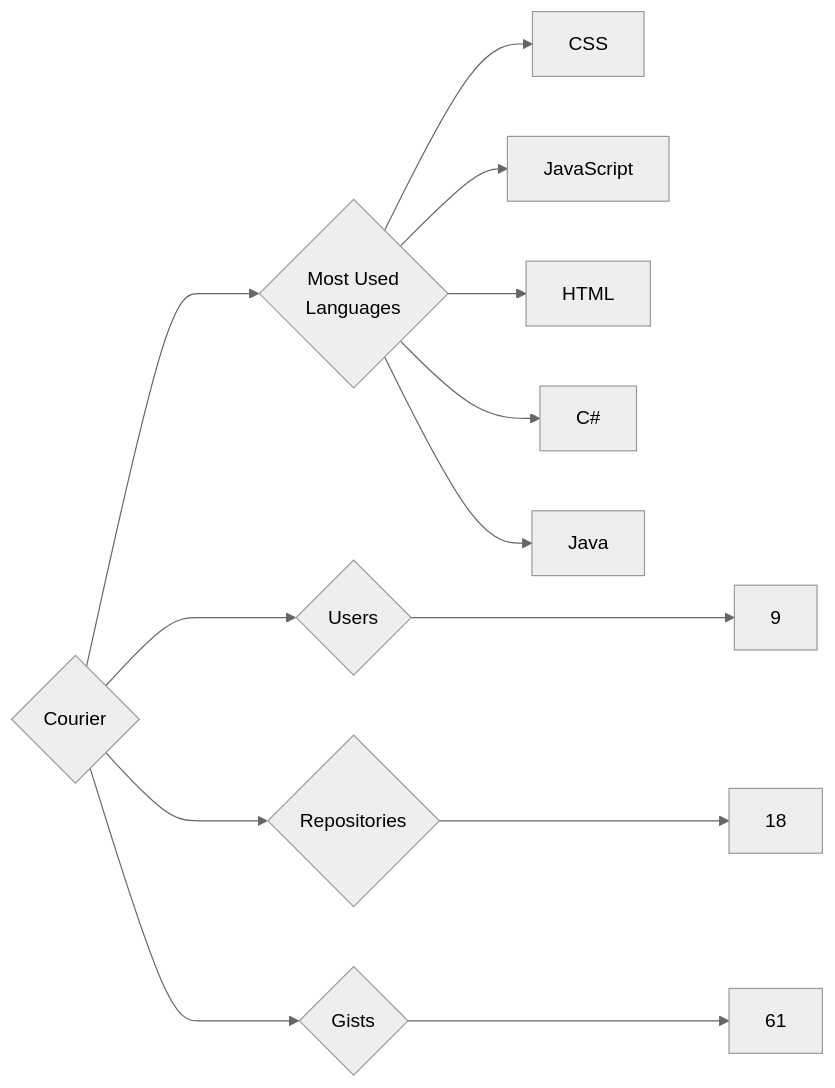
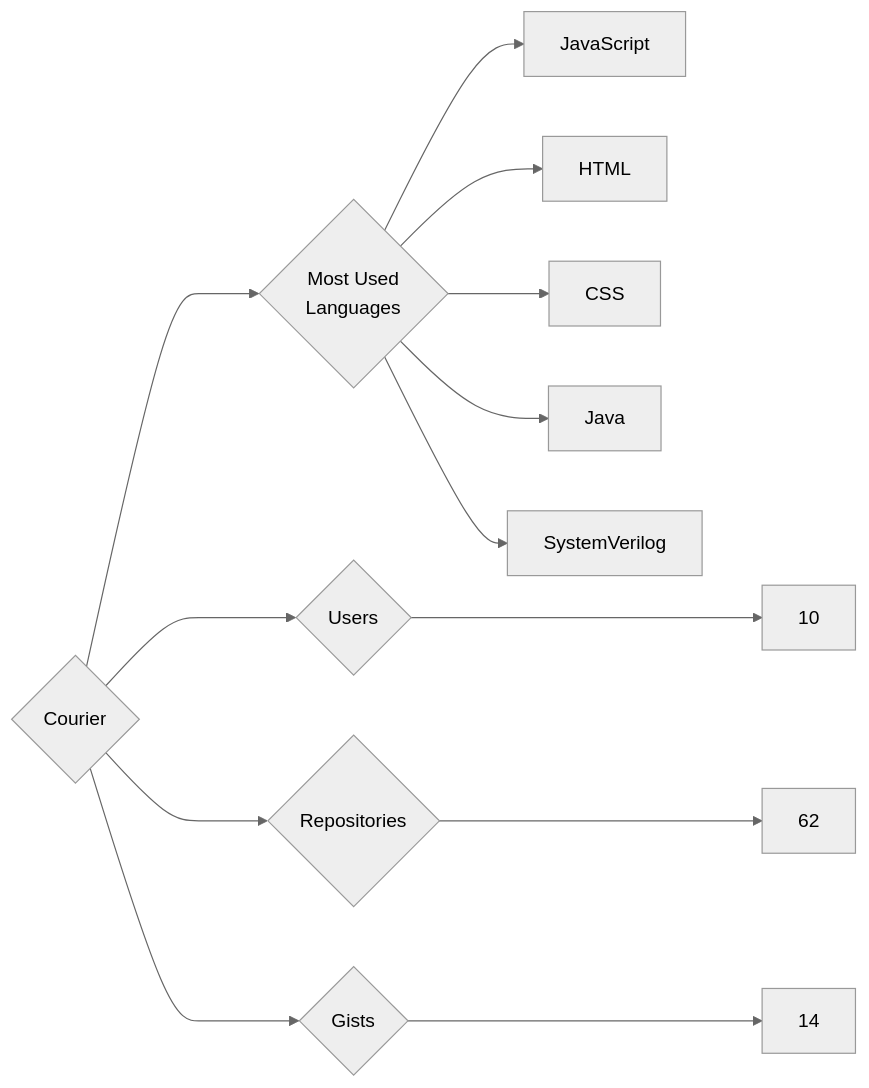
The diagram in targets/Courier/README.md (trickest/insiders), drawn with Mermaid (neutral theme) before and after one commit. The commit also changed 944 other files, not shown here.

````diff
--- a/targets/Courier/README.md
+++ b/targets/Courier/README.md
@@ -3,13 +3,13 @@
 ```mermaid
 graph LR
 COMPANY_NAME{Courier}
-COMPANY_NAME ---> U{Users} ---> UN[9]
-COMPANY_NAME ---> R{Repositories} ---> RN[18]
-COMPANY_NAME ---> G{Gists} ---> GN[61]
+COMPANY_NAME ---> U{Users} ---> UN[10]
+COMPANY_NAME ---> R{Repositories} ---> RN[62]
+COMPANY_NAME ---> G{Gists} ---> GN[14]
 COMPANY_NAME ---> ML{Most Used<br>Languages}
-ML --> CSS[CSS]
 ML --> JavaScript[JavaScript]
 ML --> HTML[HTML]
-ML --> C#[C#]
+ML --> CSS[CSS]
 ML --> Java[Java]
+ML --> SystemVerilog[SystemVerilog]
 ```
````
